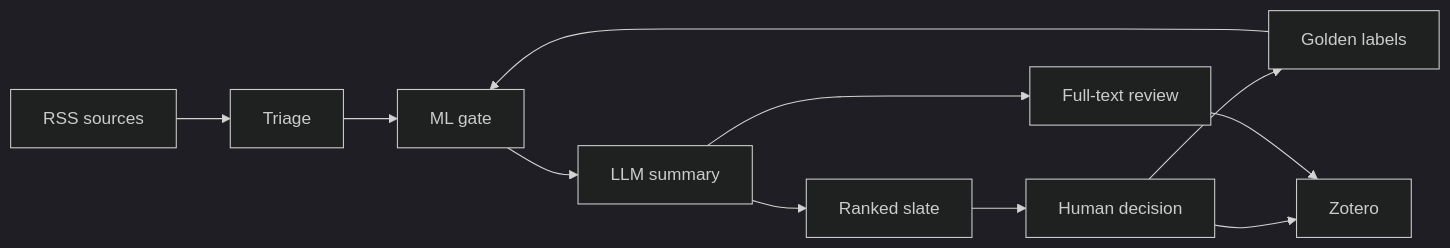
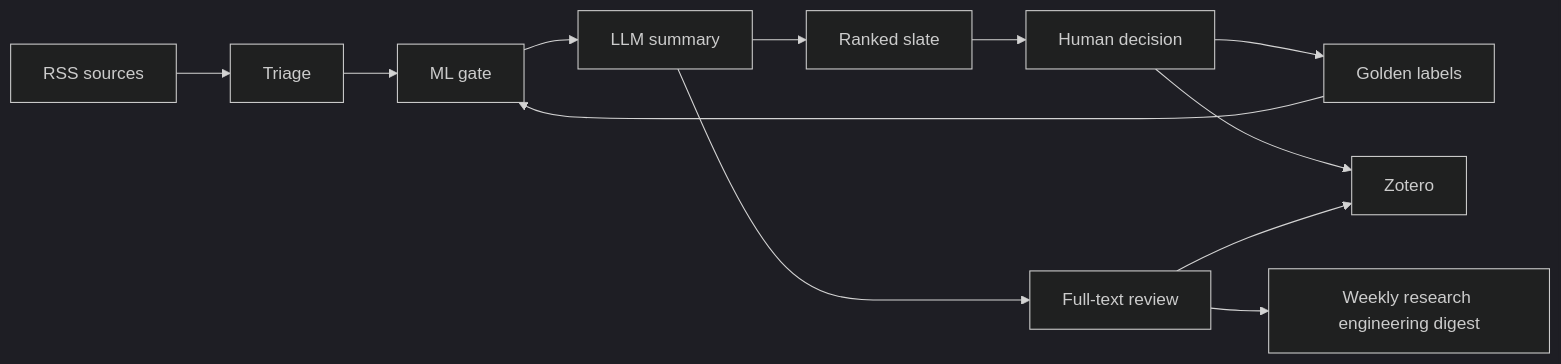
The first of 3 diagrams in docs/architecture.md (Vlislavn/zotero-summarizer), drawn with Mermaid (dark theme) before and after one commit. The commit also changed other lines of this file and 76 other files, not shown here.

````diff
--- a/docs/architecture.md
+++ b/docs/architecture.md
@@ -11,13 +11,14 @@
 ```mermaid
 flowchart LR
     RSS[RSS sources] --> Triage[Triage]
     Triage --> Gate[ML gate]
     Gate --> LLM[LLM summary]
     LLM --> Slate[Ranked slate]
     Slate --> Human[Human decision]
     Human --> Golden[Golden labels]
     Golden --> Gate
     LLM --> Review[Full-text review]
+    Review --> Weekly[Weekly research engineering digest]
     Human --> Zotero[Zotero]
     Review --> Zotero
 ```
````
